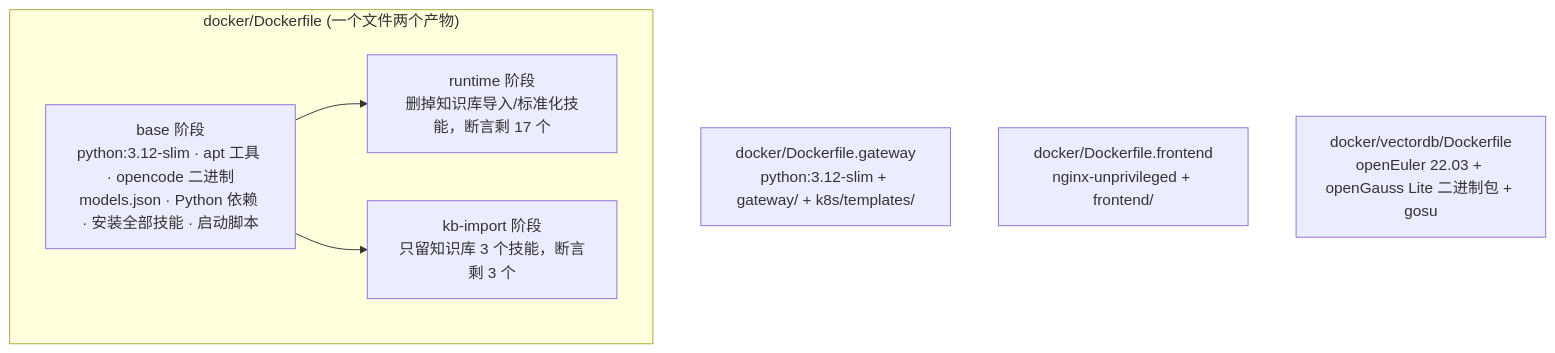
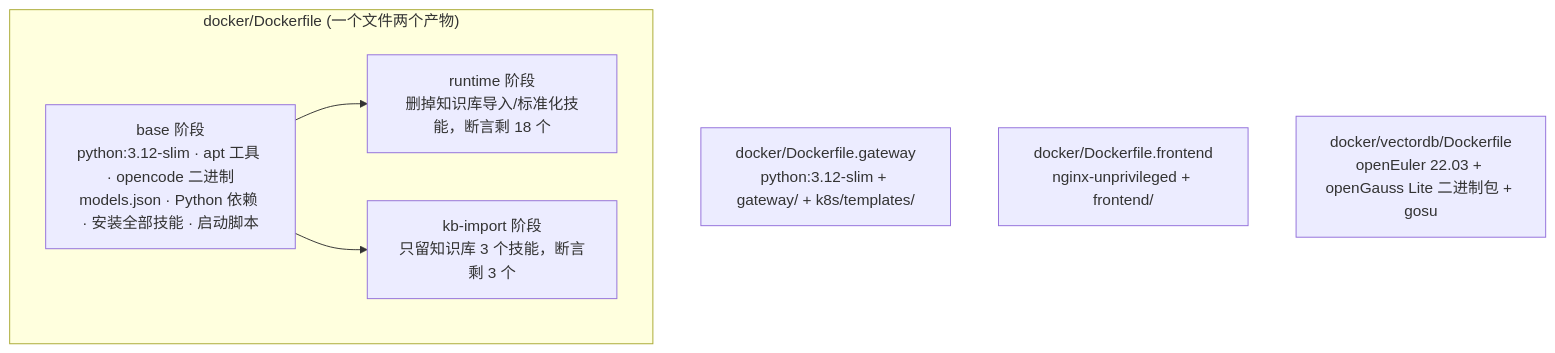
One commit to sqlrush/gh_agent_k8s changed the third of 5 diagrams in docs/从源码构建到K8s运行-完整手册.md. Above: the diagram before and after it, drawn with Mermaid. The commit also changed other lines of this file, not shown here.

````diff
--- a/docs/从源码构建到K8s运行-完整手册.md
+++ b/docs/从源码构建到K8s运行-完整手册.md
@@ -66,11 +71,11 @@
 ```mermaid
 flowchart TB
     subgraph DF["docker/Dockerfile (一个文件两个产物)"]
         BASE["base 阶段<br/>python:3.12-slim · apt 工具 · opencode 二进制<br/>models.json · Python 依赖 · 安装全部技能 · 启动脚本"]
-        BASE --> R["runtime 阶段<br/>删掉知识库导入/标准化技能，断言剩 17 个"]
+        BASE --> R["runtime 阶段<br/>删掉知识库导入/标准化技能，断言剩 18 个"]
         BASE --> K["kb-import 阶段<br/>只留知识库 3 个技能，断言剩 3 个"]
     end
     G["docker/Dockerfile.gateway<br/>python:3.12-slim + gateway/ + k8s/templates/"]
     F["docker/Dockerfile.frontend<br/>nginx-unprivileged + frontend/"]
     V["docker/vectordb/Dockerfile<br/>openEuler 22.03 + openGauss Lite 二进制包 + gosu"]
 ```
````
